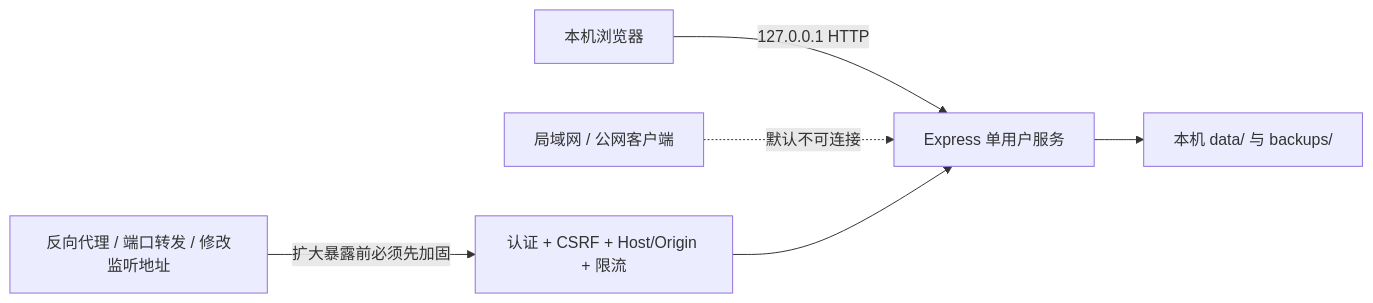
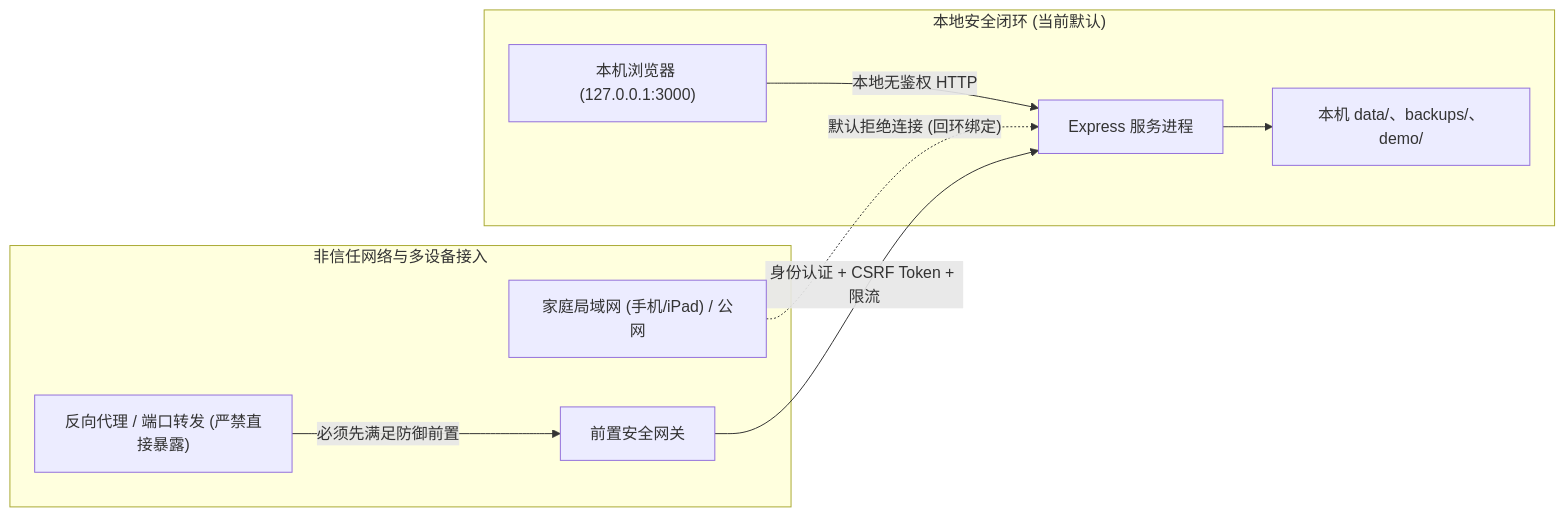
Before and after one commit to spicy-man/family-fund-manager: the seventh of 7 diagrams in docs/technical/ARCHITECTURE.md, drawn with Mermaid. The commit also changed other lines of this file and 2 other files, not shown here.

Commit message:
docs: add architecture and code review guidelines and update README documentation

````diff
--- a/docs/technical/ARCHITECTURE.md
+++ b/docs/technical/ARCHITECTURE.md
@@ -256,8 +308,13 @@
 ```mermaid
 flowchart LR
-    BROWSER["本机浏览器"] -->|127.0.0.1 HTTP| SERVER_LOCAL["Express 单用户服务"]
-    SERVER_LOCAL --> DATA_LOCAL["本机 data/ 与 backups/"]
-    REMOTE["局域网 / 公网客户端"] -. 默认不可连接 .-> SERVER_LOCAL
-    PROXY["反向代理 / 端口转发 / 修改监听地址"] -->|扩大暴露前必须先加固| GATE["认证 + CSRF + Host/Origin + 限流"]
-    GATE --> SERVER_LOCAL
+    subgraph Localhost["本地安全闭环 (当前默认)"]
+        BROWSER["本机浏览器 (127.0.0.1:3000)"] -->|本地无鉴权 HTTP| SERVER["Express 服务进程"]
+        SERVER --> LOCAL_FS["本机 data/、backups/、demo/"]
+    end
+
+    subgraph RemoteUntrusted["非信任网络与多设备接入"]
+        REMOTE["家庭局域网 (手机/iPad) / 公网"] -. 默认拒绝连接 (回环绑定) .-> SERVER
+        PROXY["反向代理 / 端口转发 (严禁直接暴露)"] -->|必须先满足防御前置| HARDEN["前置安全网关"]
+        HARDEN -->|身份认证 + CSRF Token + 限流| SERVER
+    end
 ```
````
